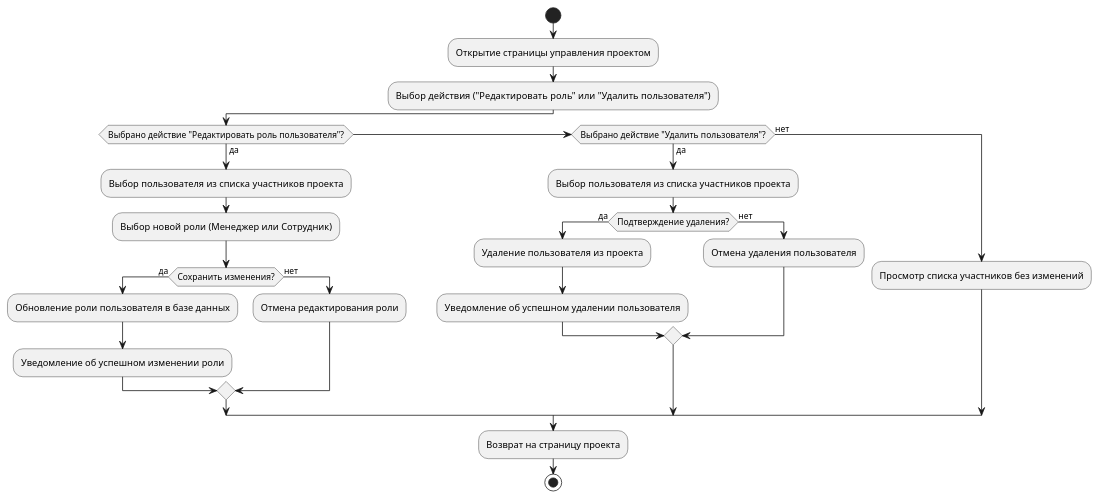
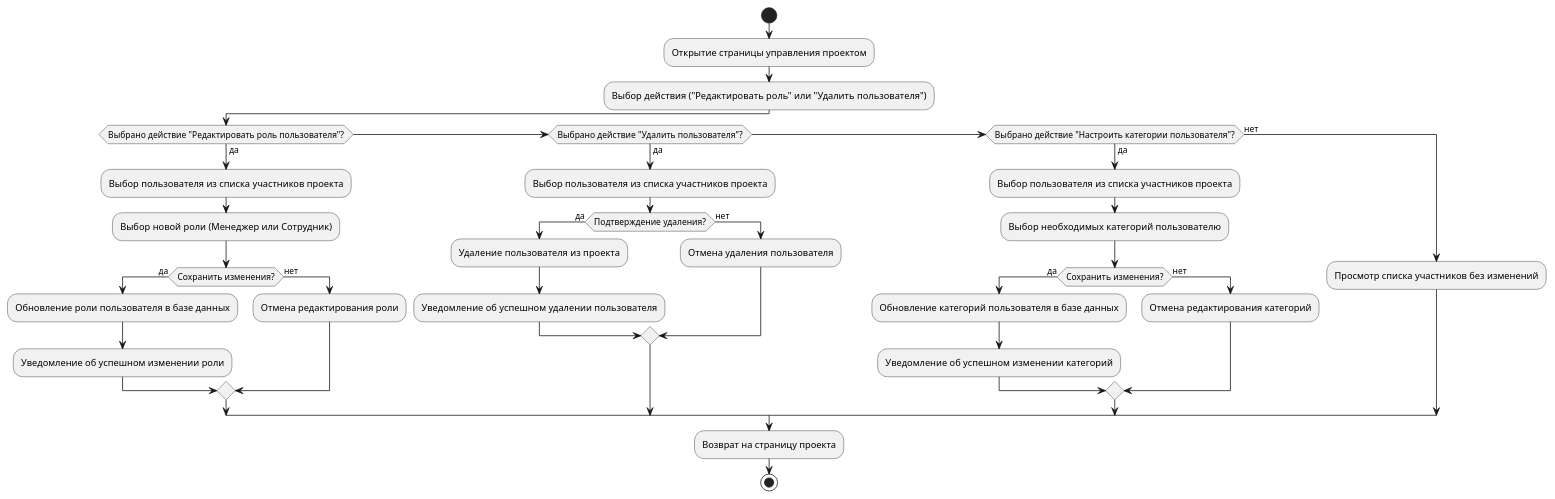
Before and after one commit to kemmed/TaskLoom: the diagram in doc/diagrams/activity diagrams/User manage.puml, drawn with PlantUML. The commit also changed 29 other files, not shown here.

Commit message:
3-4 report chapters, new interface layout, new diagrams

```diff
--- a/doc/diagrams/activity diagrams/User manage.puml
+++ b/doc/diagrams/activity diagrams/User manage.puml
@@ -1,34 +1,44 @@
 @startuml ManageUsersAD
 start
 
 :Открытие страницы управления проектом;
 :Выбор действия ("Редактировать роль" или "Удалить пользователя");
 
 if (Выбрано действие "Редактировать роль пользователя"?) then (да)
     :Выбор пользователя из списка участников проекта;
     :Выбор новой роли (Менеджер или Сотрудник);
 
     if (Сохранить изменения?) then (да)
         :Обновление роли пользователя в базе данных;
         :Уведомление об успешном изменении роли;
     else (нет)
         :Отмена редактирования роли;
     endif
 
 elseif (Выбрано действие "Удалить пользователя"?) then (да)
     :Выбор пользователя из списка участников проекта;
 
     if (Подтверждение удаления?) then (да)
         :Удаление пользователя из проекта;
         :Уведомление об успешном удалении пользователя;
     else (нет)
         :Отмена удаления пользователя;
     endif
+else if (Выбрано действие "Настроить категории пользователя"?) then (да)
+    :Выбор пользователя из списка участников проекта;
+    :Выбор необходимых категорий пользователю;
+
+    if (Сохранить изменения?) then (да)
+        :Обновление категорий пользователя в базе данных;
+        :Уведомление об успешном изменении категорий;
+    else (нет)
+        :Отмена редактирования категорий;
+    endif    
 
 else (нет)
     :Просмотр списка участников без изменений;
 endif
 
 :Возврат на страницу проекта;
 stop
 @enduml
```
